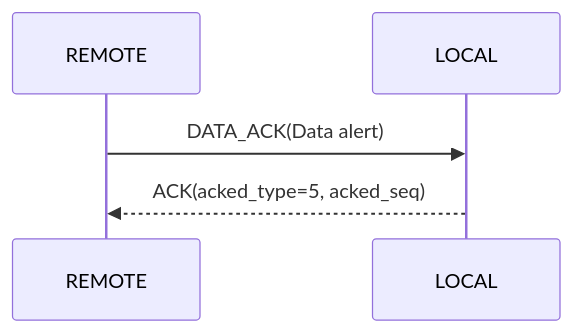
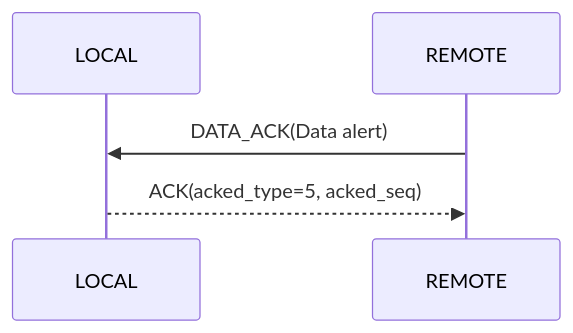
The first of 9 diagrams in doc/LoRaProtocol.md (Warpguru/LoRaIoT), drawn with Mermaid before and after one commit. The commit also changed other lines of this file and 36 other files, not shown here.

````diff
--- a/doc/LoRaProtocol.md
+++ b/doc/LoRaProtocol.md
@@ -504,7 +500,7 @@
 ```mermaid
 sequenceDiagram
+    participant L as LOCAL
     participant R as REMOTE
-    participant L as LOCAL
     R->>L: DATA_ACK(Data alert)
     L-->>R: ACK(acked_type=5, acked_seq)
 ```
````
